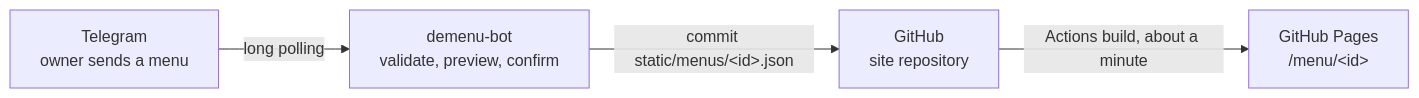
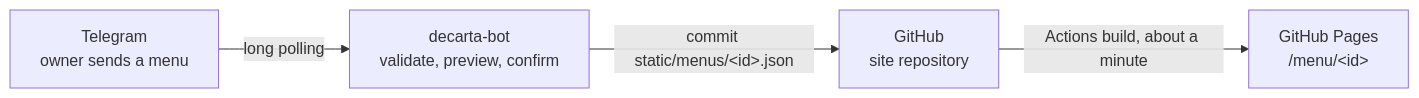
One commit to luis-serrano-l/decarta-bot changed the diagram in README.md. Above: the diagram before and after it, drawn with Mermaid. The commit also changed other lines of this file and 29 other files, not shown here.

First line of the commit message:
chore: rename project to decarta-bot

````diff
--- a/README.md
+++ b/README.md
@@ -18,6 +18,6 @@
 ```mermaid
 flowchart LR
-    T["Telegram<br/>owner sends a menu"] -->|long polling| B["demenu-bot<br/>validate, preview, confirm"]
+    T["Telegram<br/>owner sends a menu"] -->|long polling| B["decarta-bot<br/>validate, preview, confirm"]
     B -->|"commit static/menus/&lt;id&gt;.json"| G["GitHub<br/>site repository"]
     G -->|"Actions build, about a minute"| P["GitHub Pages<br/>/menu/&lt;id&gt;"]
 ```
````
